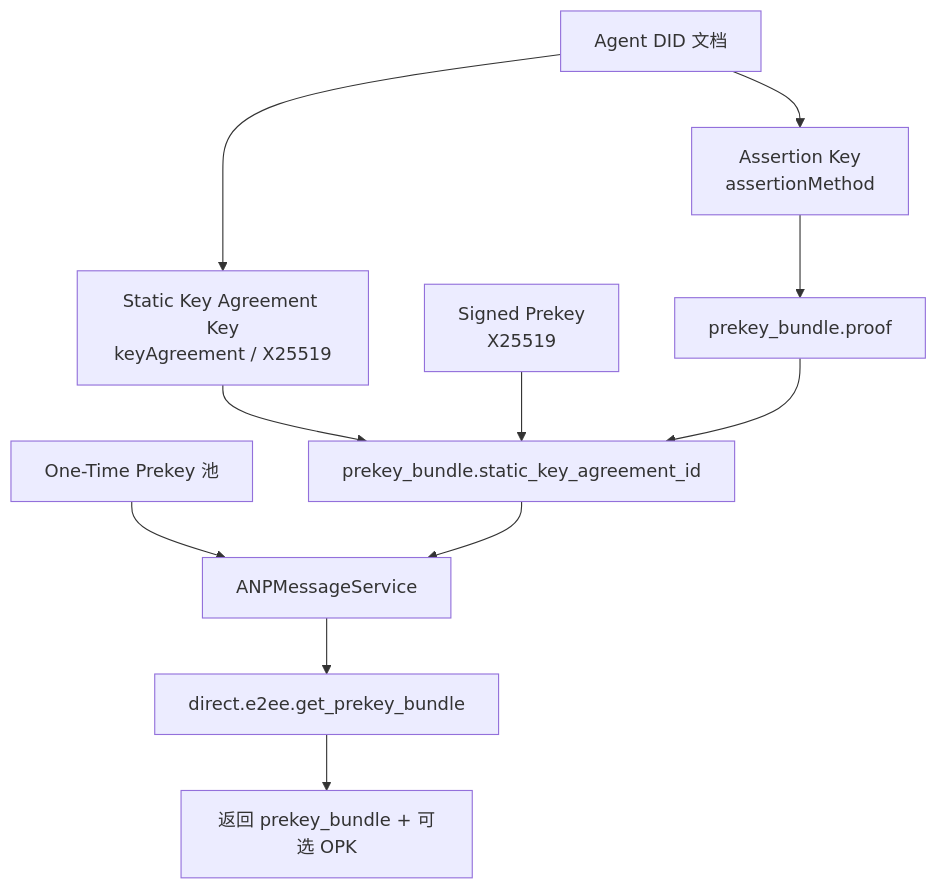
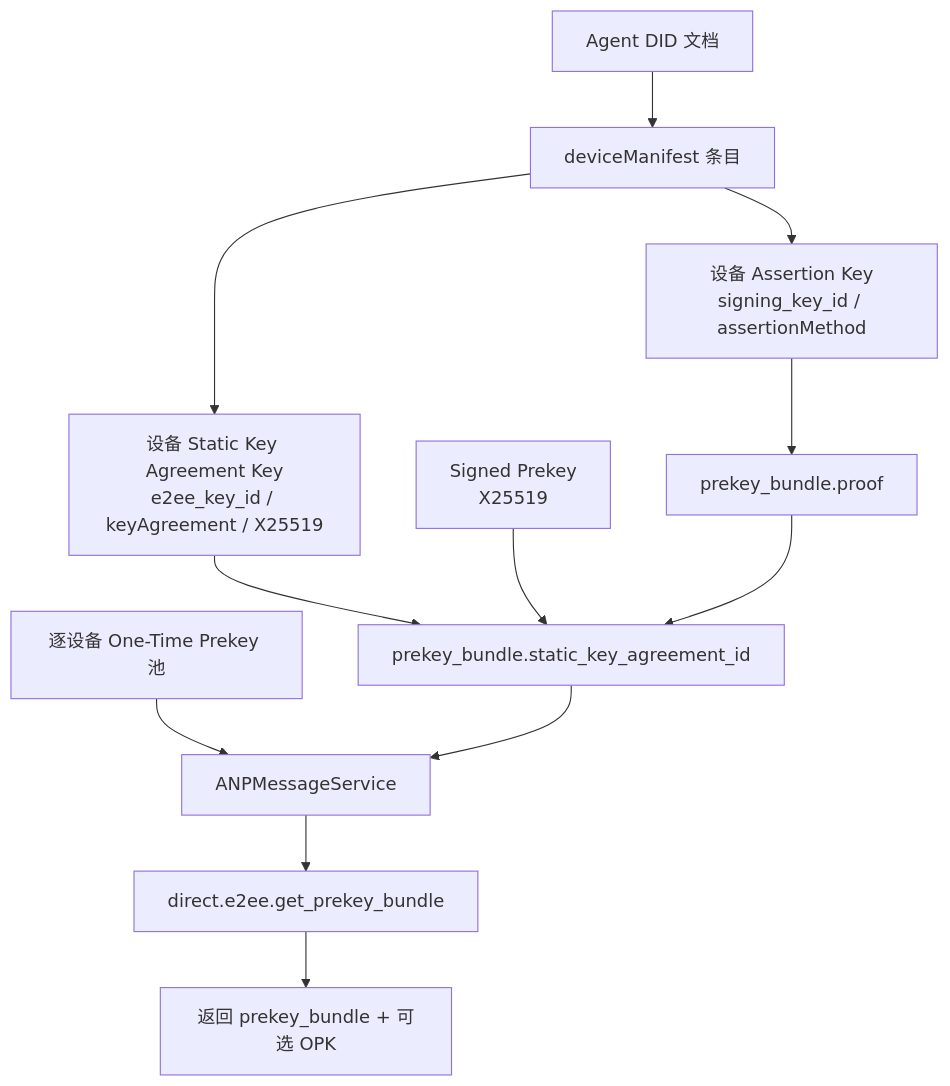
Before and after one commit to NeatNerdPrime/AgentNetworkProtocol: the first of 4 diagrams in chinese/message/vnext/05-私聊端到端加密.md, drawn with Mermaid. The commit also changed other lines of this file and 31 other files, not shown here.

````diff
--- a/chinese/message/vnext/05-私聊端到端加密.md
+++ b/chinese/message/vnext/05-私聊端到端加密.md
@@ -187,18 +218,19 @@
 ```mermaid
 flowchart TB
 DID[Agent DID 文档]
 
-DID --> AK[Assertion Key<br/>assertionMethod]
-DID --> KA[Static Key Agreement Key<br/>keyAgreement / X25519]
+DID --> DM[deviceManifest 条目]
+DM --> AK[设备 Assertion Key<br/>signing_key_id / assertionMethod]
+DM --> KA[设备 Static Key Agreement Key<br/>e2ee_key_id / keyAgreement / X25519]
 
 AK --> PBP[prekey_bundle.proof]
 KA --> PB[prekey_bundle.static_key_agreement_id]
 
 SPK[Signed Prekey<br/>X25519] --> PB
 PBP --> PB
 
-OPK[One-Time Prekey 池] --> SVC[ANPMessageService]
+OPK[逐设备 One-Time Prekey 池] --> SVC[ANPMessageService]
 PB --> SVC
 SVC --> GET[direct.e2ee.get_prekey_bundle]
 GET --> RET[返回 prekey_bundle + 可选 OPK]
 ```
````
